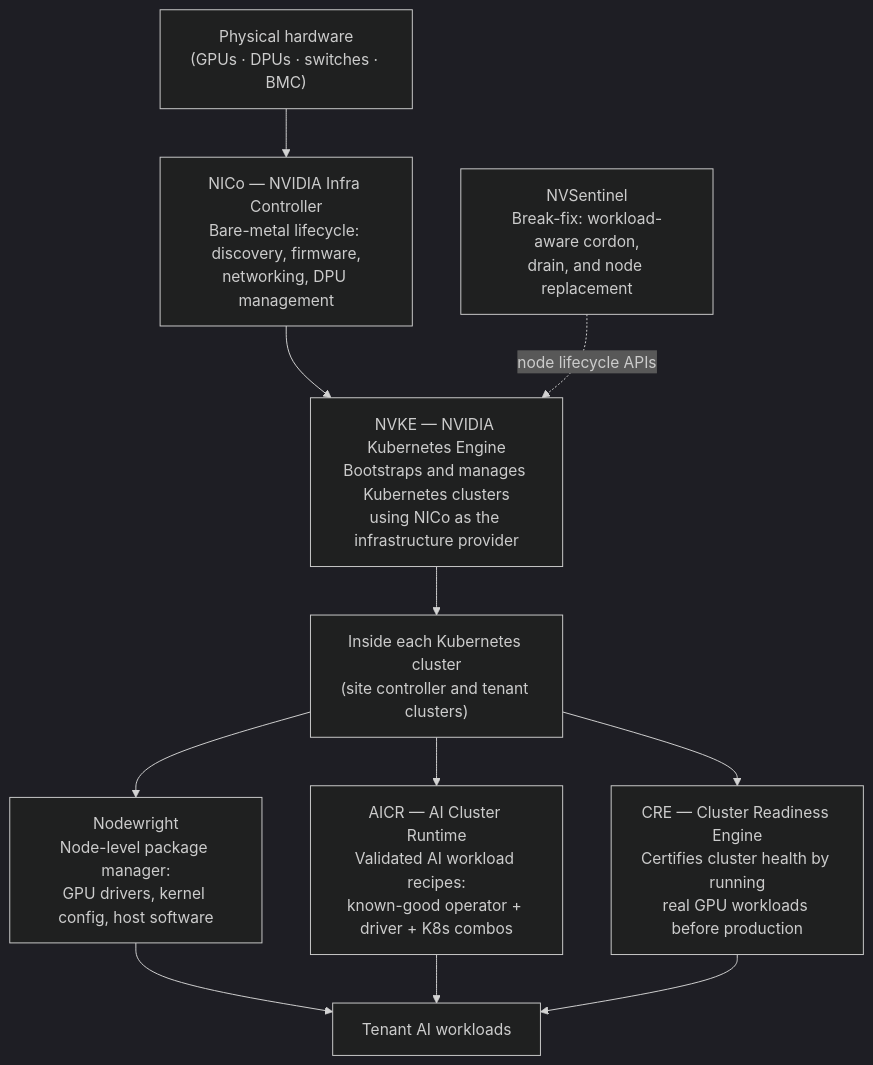
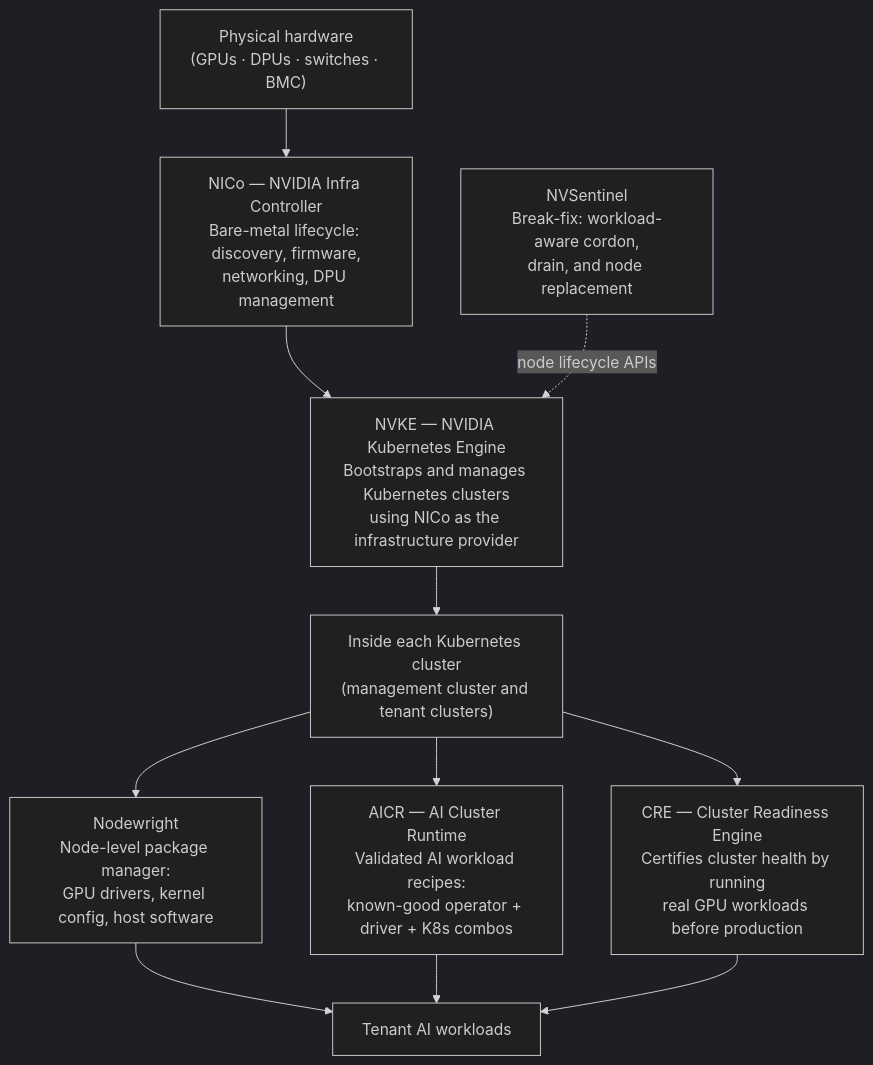
Before and after one commit to FrankSpitulski/nvke: the diagram in docs/dsx-stack.md, drawn with Mermaid (dark theme). The commit also changed other lines of this file and 47 other files, not shown here.

First line of the commit message:
docs: call NVKE's cluster the management cluster, not the site controller (#1744)

````diff
--- a/docs/dsx-stack.md
+++ b/docs/dsx-stack.md
@@ -7,24 +7,24 @@
 ```mermaid
 flowchart TB
     hw["Physical hardware\n(GPUs · DPUs · switches · BMC)"]
     nico["NICo — NVIDIA Infra Controller\nBare-metal lifecycle: discovery, firmware,\nnetworking, DPU management"]
     NVKE["NVKE — NVIDIA Kubernetes Engine\nBootstraps and manages Kubernetes clusters\nusing NICo as the infrastructure provider"]
-    inside["Inside each Kubernetes cluster\n(site controller and tenant clusters)"]
+    inside["Inside each Kubernetes cluster\n(management cluster and tenant clusters)"]
     nw["Nodewright\nNode-level package manager:\nGPU drivers, kernel config, host software"]
     aicr["AICR — AI Cluster Runtime\nValidated AI workload recipes:\nknown-good operator + driver + K8s combos"]
     cre["CRE — Cluster Readiness Engine\nCertifies cluster health by running\nreal GPU workloads before production"]
     sentinel["NVSentinel\nBreak-fix: workload-aware cordon,\ndrain, and node replacement"]
     workloads["Tenant AI workloads"]
 
     hw --> nico
     nico --> NVKE
     NVKE --> inside
     inside --> nw
     inside --> aicr
     inside --> cre
     sentinel -. "node lifecycle APIs" .-> NVKE
 
     nw --> workloads
     aicr --> workloads
     cre --> workloads
 ```
````
